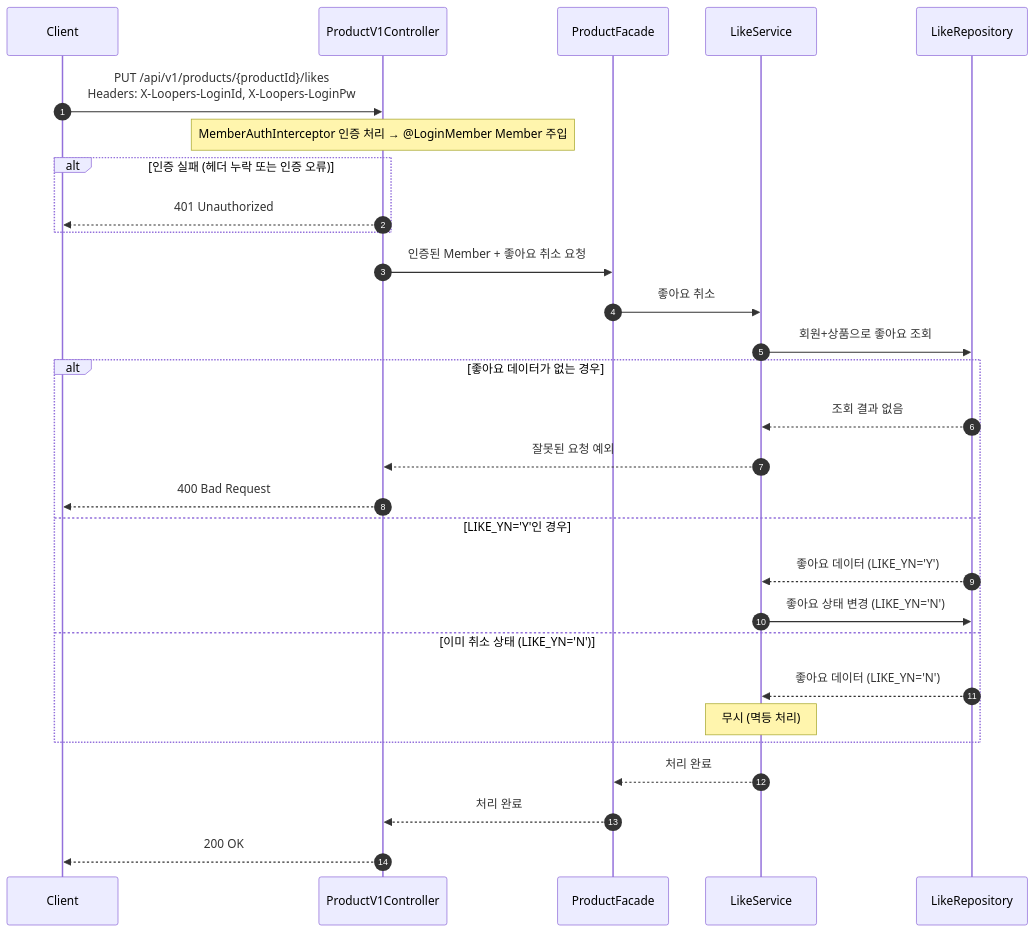
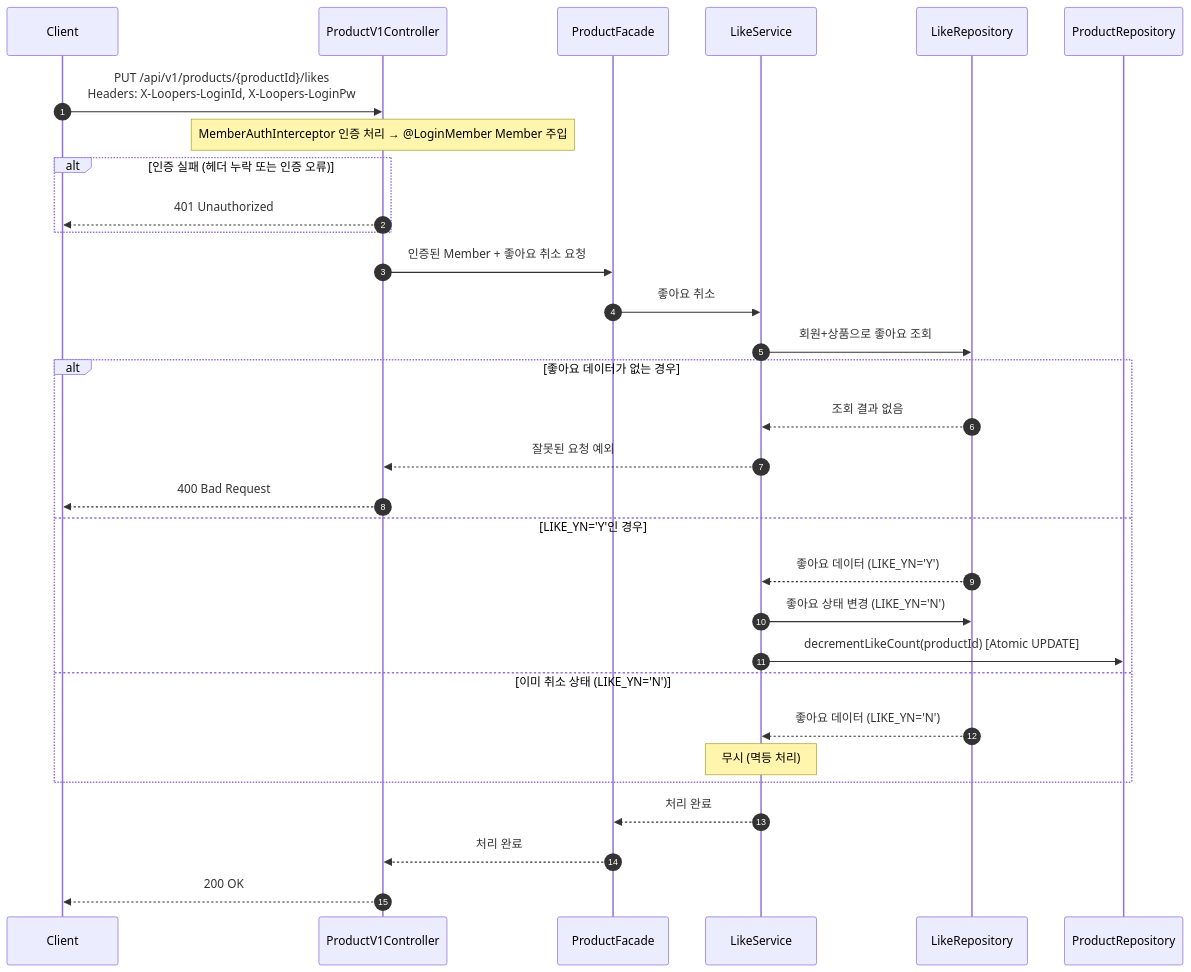
One commit to jsj1215/loop-pack-be-l2-vol3-java changed the fifth of 29 diagrams in docs/design/02-sequence-diagrams.md. Above: the diagram before and after it, drawn with Mermaid. The commit also changed other lines of this file and 3 other files, not shown here.

````diff
--- a/docs/design/02-sequence-diagrams.md
+++ b/docs/design/02-sequence-diagrams.md
@@ -182,36 +185,38 @@
 ```mermaid
 sequenceDiagram
     autonumber
     participant Client
     participant Controller as ProductV1Controller
     participant Facade as ProductFacade
     participant LikeService as LikeService
     participant LikeRepository as LikeRepository
+    participant ProductRepository as ProductRepository
 
     Client->>Controller: PUT /api/v1/products/{productId}/likes<br/>Headers: X-Loopers-LoginId, X-Loopers-LoginPw
 
     Note over Controller: MemberAuthInterceptor 인증 처리 → @LoginMember Member 주입
     alt 인증 실패 (헤더 누락 또는 인증 오류)
         Controller-->>Client: 401 Unauthorized
     end
 
     Controller->>Facade: 인증된 Member + 좋아요 취소 요청
     Facade->>LikeService: 좋아요 취소
     LikeService->>LikeRepository: 회원+상품으로 좋아요 조회
 
     alt 좋아요 데이터가 없는 경우
         LikeRepository-->>LikeService: 조회 결과 없음
         LikeService-->>Controller: 잘못된 요청 예외
         Controller-->>Client: 400 Bad Request
     else LIKE_YN='Y'인 경우
         LikeRepository-->>LikeService: 좋아요 데이터 (LIKE_YN='Y')
         LikeService->>LikeRepository: 좋아요 상태 변경 (LIKE_YN='N')
+        LikeService->>ProductRepository: decrementLikeCount(productId) [Atomic UPDATE]
     else 이미 취소 상태 (LIKE_YN='N')
         LikeRepository-->>LikeService: 좋아요 데이터 (LIKE_YN='N')
         Note over LikeService: 무시 (멱등 처리)
     end
 
     LikeService-->>Facade: 처리 완료
     Facade-->>Controller: 처리 완료
     Controller-->>Client: 200 OK
 ```
````
